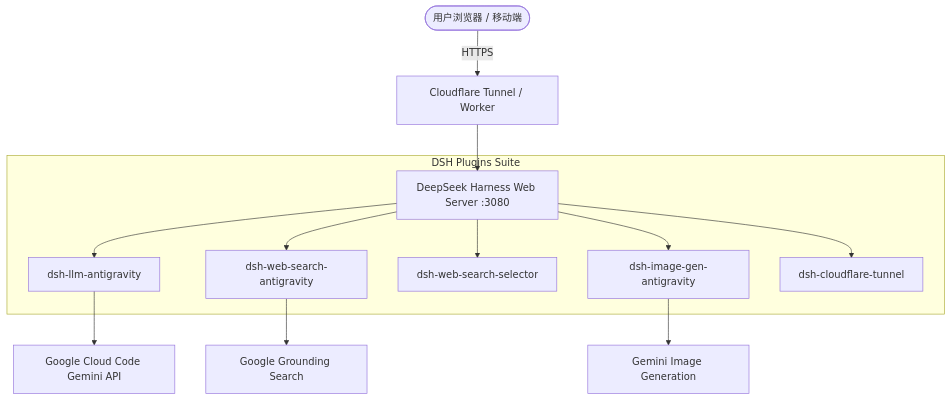
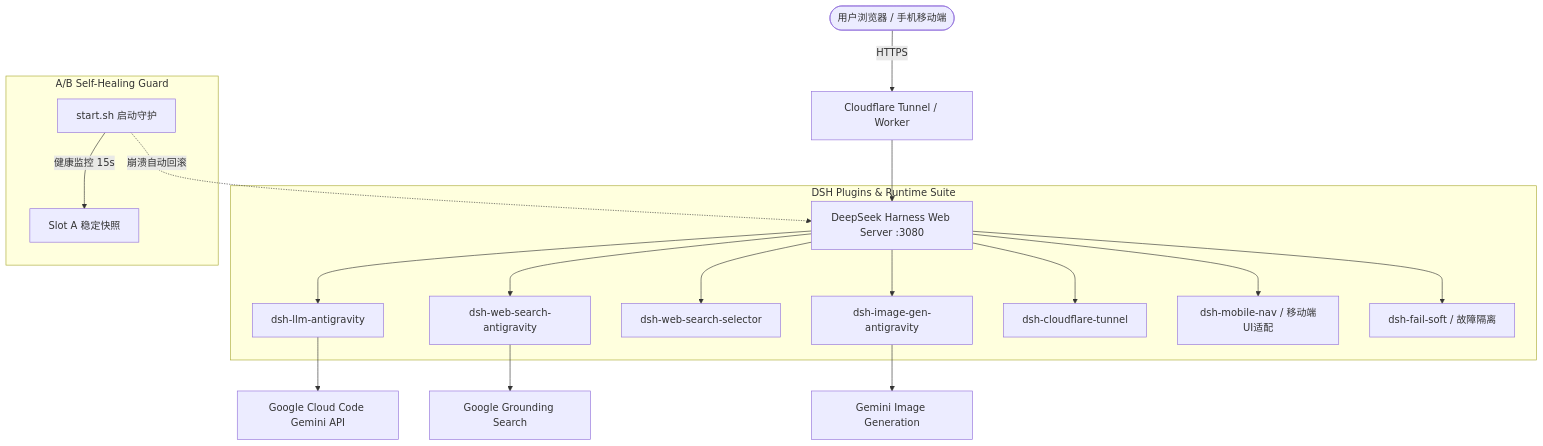
Before and after one commit to sprains-totem/DSH-Antigravity-Action: the diagram in README.md, drawn with Mermaid. The commit also changed other lines of this file and 100 other files, not shown here.

Commit message:
feat: integrate dsh-mobile-nav, A/B slot self-healing guardian, and workflow decoupling

````diff
--- a/README.md
+++ b/README.md
@@ -12,17 +12,24 @@
 ```mermaid
 graph TD
-    User([用户浏览器 / 移动端]) -->|HTTPS| CF[Cloudflare Tunnel / Worker]
+    User([用户浏览器 / 手机移动端]) -->|HTTPS| CF[Cloudflare Tunnel / Worker]
     CF --> DSH[DeepSeek Harness Web Server :3080]
     
-    subgraph DSH Plugins Suite
+    subgraph DSH Plugins & Runtime Suite
         DSH --> LLM[dsh-llm-antigravity]
         DSH --> Search[dsh-web-search-antigravity]
         DSH --> Selector[dsh-web-search-selector]
         DSH --> ImgGen[dsh-image-gen-antigravity]
         DSH --> Tunnel[dsh-cloudflare-tunnel]
+        DSH --> Mobile[dsh-mobile-nav / 移动端UI适配]
+        DSH --> FailSoft[dsh-fail-soft / 故障隔离]
+    end
+    
+    subgraph A/B Self-Healing Guard
+        Start[start.sh 启动守护] -->|健康监控 15s| SlotA[Slot A 稳定快照]
+        Start -.->|崩溃自动回滚| DSH
     end
     
     LLM --> GoogleGCC[Google Cloud Code Gemini API]
     Search --> GoogleSearch[Google Grounding Search]
     ImgGen --> GoogleImage[Gemini Image Generation]
 ```
````
